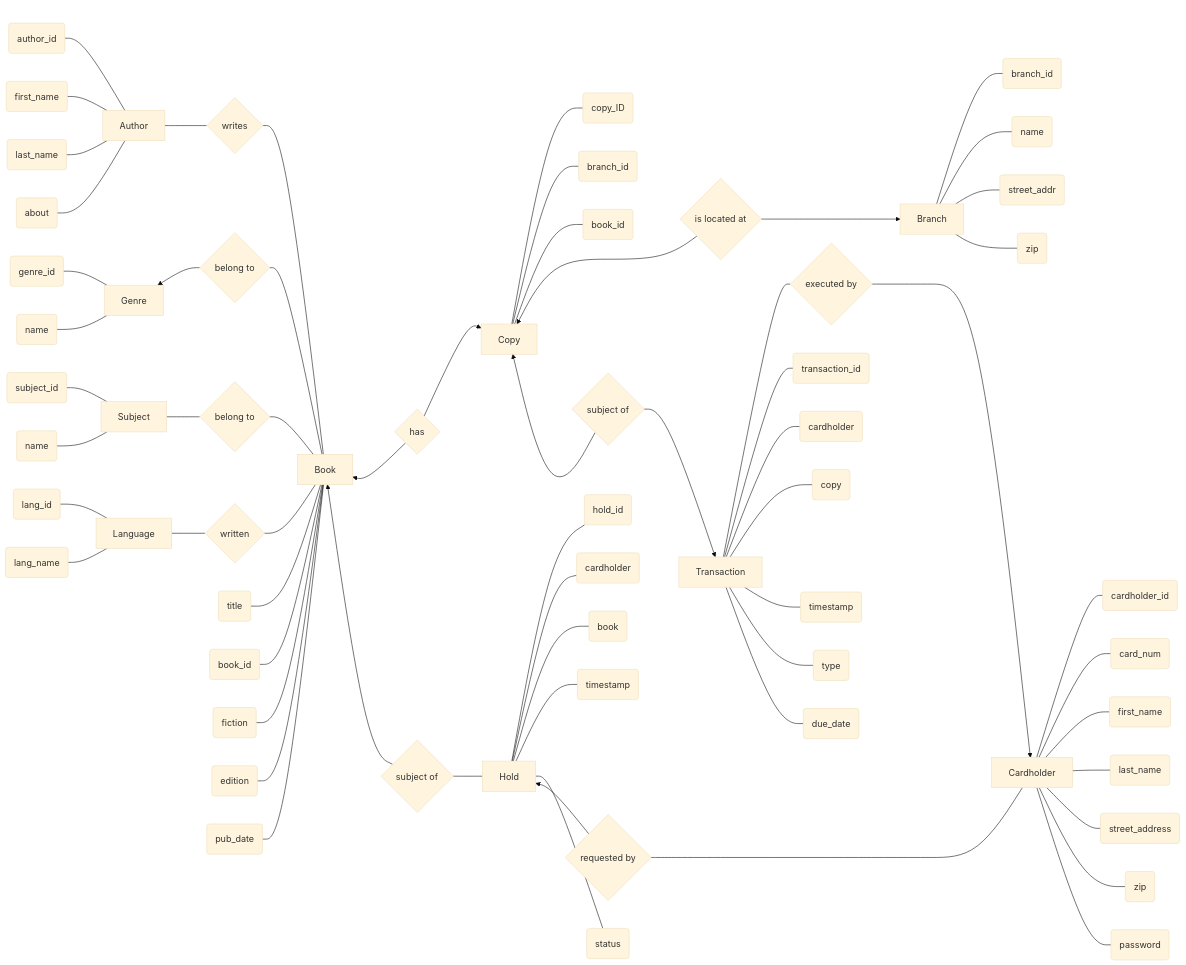
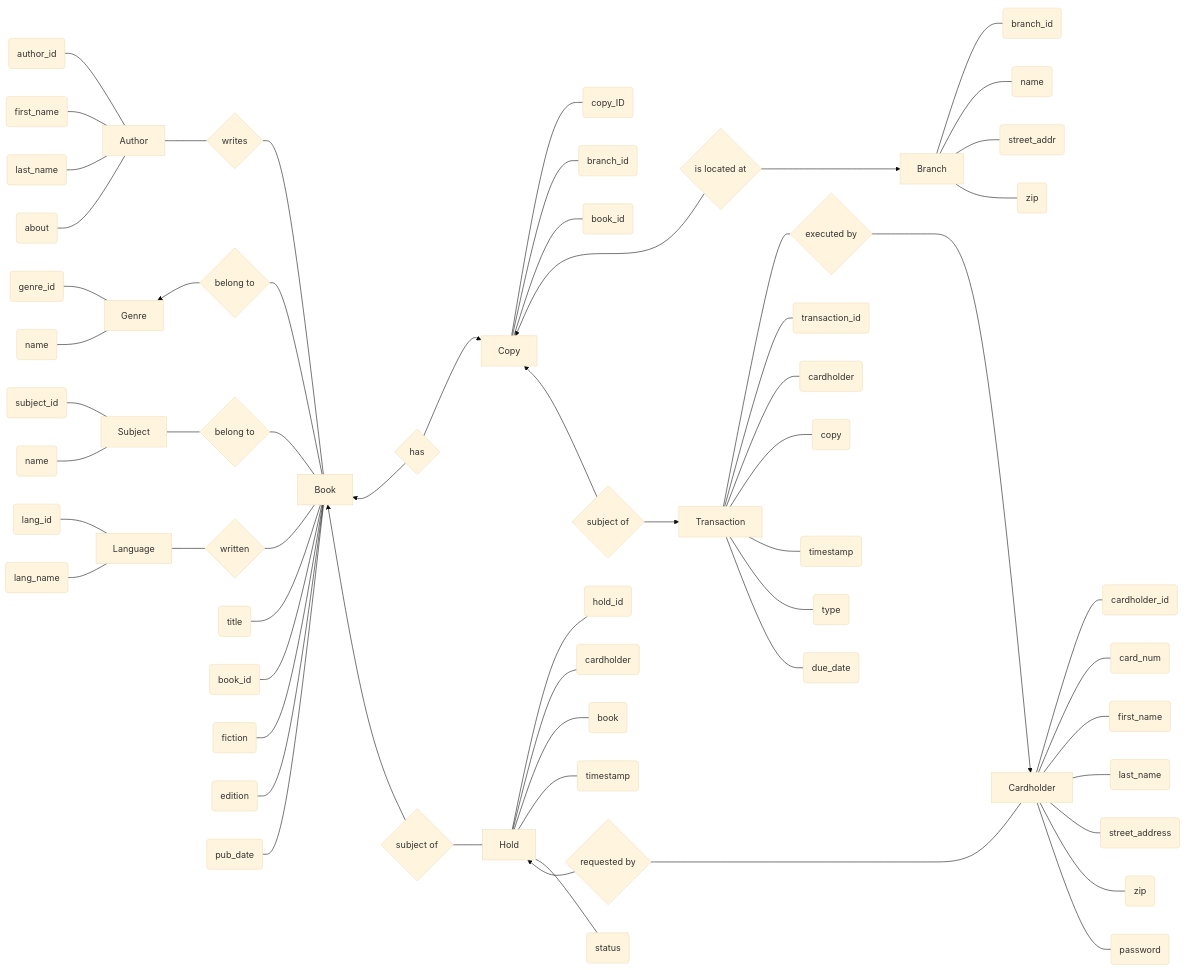
Before and after one commit to kelzzzz/CS425-ChiPub: the diagram in deliverable_1.md, drawn with Mermaid (base theme). The commit also changed other lines of this file, not shown here.

Commit message:
Nudge copy--subject of positioning

```diff
--- a/deliverable_1.md
+++ b/deliverable_1.md
@@ -68,12 +68,12 @@
 
     C ~~~ CBr{is located at} ---> C
     CBr ~~~ C
-    C ~~~ CT{subject of} --> C
-    CT ~~~ C
 
     C --- cid(copy_ID)
     C --- cbr(branch_id)
     C --- cbk(book_id)
+    C ~~~ CT{subject of} --> C
+    CT ~~~ C
 
     BH --- H[Hold]
     H ~~~ HCh{requested by} --> H
```
